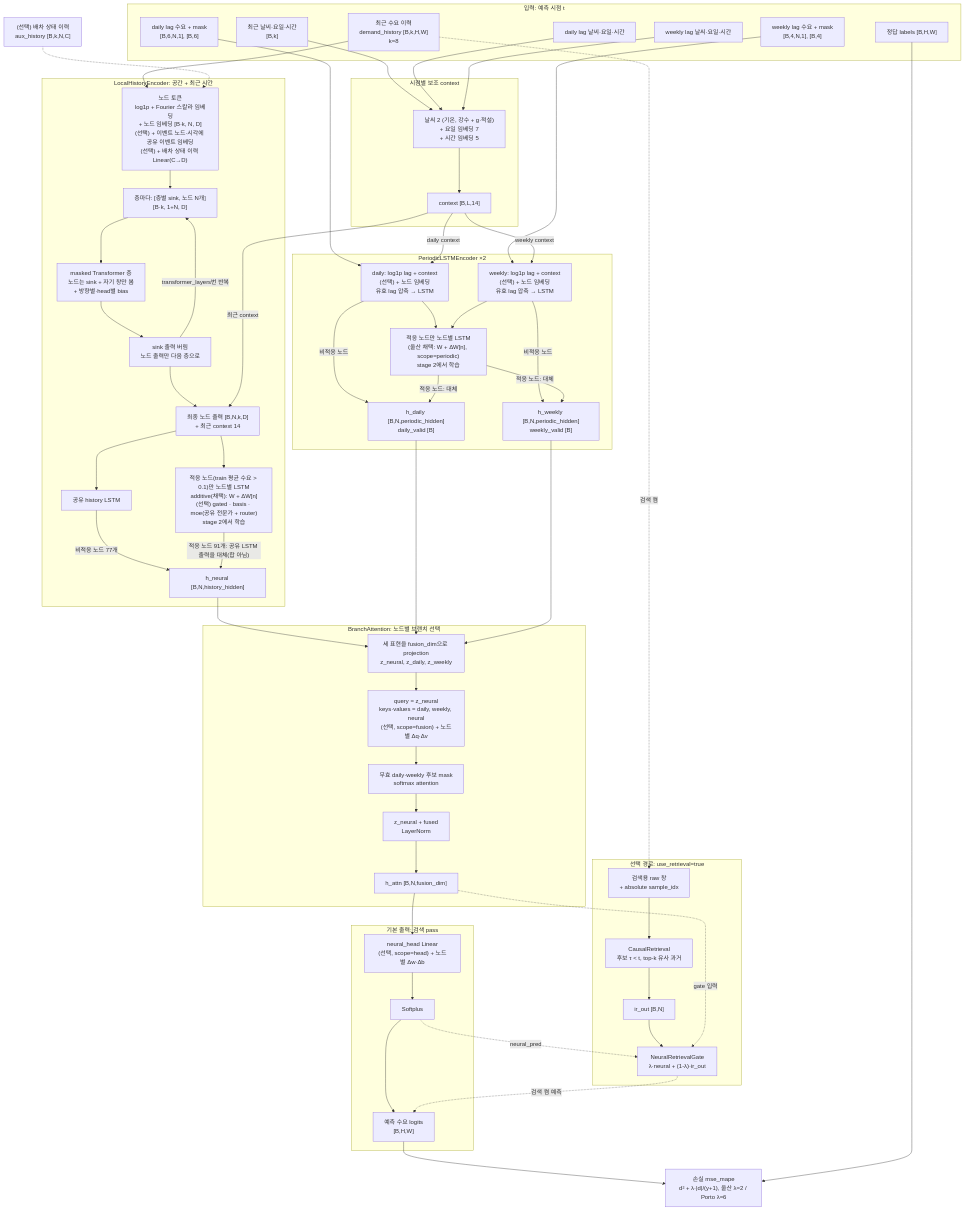
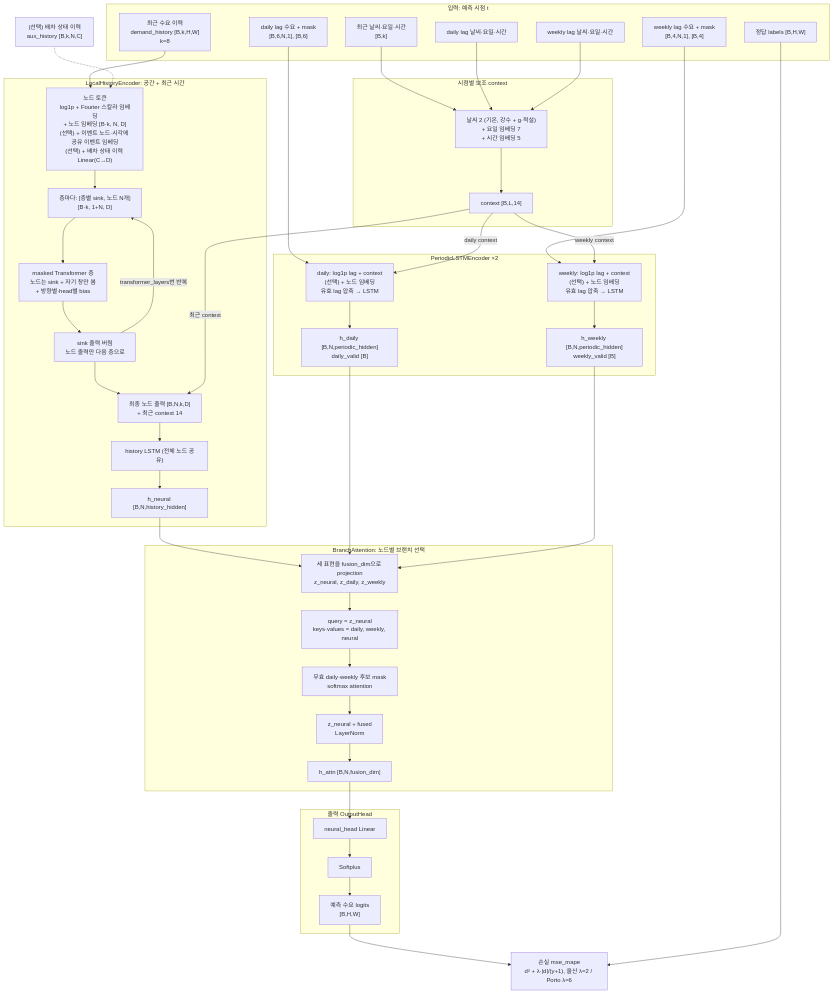
Before and after one commit to dev-jake-kim/demandprediction: the diagram in docs/SPEC.md, drawn with Mermaid. The commit also changed other lines of this file and 21 other files, not shown here.

Commit message:
Remove node-wise ΔW (incl. basis/MoE/scope variants, 2-stage training) and causal retrieval; single-stage training, OutputHead

````diff
--- a/docs/SPEC.md
+++ b/docs/SPEC.md
@@ -55,13 +54,11 @@
         L3["masked Transformer 층<br/>노드는 sink + 자기 창만 봄<br/>+ 방향별·head별 bias"]
         L4["sink 출력 버림<br/>노드 출력만 다음 층으로"]
         L5["최종 노드 출력 [B,N,k,D]<br/>+ 최근 context 14"]
-        L6["공유 history LSTM"]
-        L7["적응 노드(train 평균 수요 > 0.1)만 노드별 LSTM<br/>additive(채택): W + ΔW[n]<br/>(선택) gated · basis · moe(공유 전문가 + router)<br/>stage 2에서 학습"]
+        L6["history LSTM (전체 노드 공유)"]
         HN["h_neural [B,N,history_hidden]"]
         L1 --> L2 --> L3 --> L4
         L4 -->|"transformer_layers번 반복"| L2
-        L4 --> L5 --> L6 -->|"비적응 노드 77개"| HN
-        L5 --> L7 -->|"적응 노드 91개: 공유 LSTM 출력을 대체(합 아님)"| HN
+        L4 --> L5 --> L6 --> HN
     end
 
     H --> L1
@@ -71,15 +68,10 @@
     subgraph PER["PeriodicLSTMEncoder ×2"]
         P1["daily: log1p lag + context<br/>(선택) + 노드 임베딩<br/>유효 lag 압축 → LSTM"]
         P2["weekly: log1p lag + context<br/>(선택) + 노드 임베딩<br/>유효 lag 압축 → LSTM"]
-        P3["적응 노드만 노드별 LSTM<br/>(울산 채택: W + ΔW[n], scope=periodic)<br/>stage 2에서 학습"]
         HD["h_daily [B,N,periodic_hidden]<br/>daily_valid [B]"]
         HW["h_weekly [B,N,periodic_hidden]<br/>weekly_valid [B]"]
-        P1 -->|"비적응 노드"| HD
-        P2 -->|"비적응 노드"| HW
-        P1 --> P3
-        P2 --> P3
-        P3 -->|"적응 노드: 대체"| HD
-        P3 -->|"적응 노드: 대체"| HW
+        P1 --> HD
+        P2 --> HW
     end
 
     D --> P1
@@ -89,7 +81,7 @@
 
     subgraph ATT["BranchAttention: 노드별 브랜치 선택"]
         A1["세 표현을 fusion_dim으로 projection<br/>z_neural, z_daily, z_weekly"]
-        A2["query = z_neural<br/>keys·values = daily, weekly, neural<br/>(선택, scope=fusion) + 노드별 Δq·Δv"]
+        A2["query = z_neural<br/>keys·values = daily, weekly, neural"]
         A3["무효 daily·weekly 후보 mask<br/>softmax attention"]
         A4["z_neural + fused<br/>LayerNorm"]
         HA["h_attn [B,N,fusion_dim]"]
@@ -100,8 +92,8 @@
     HD --> A1
     HW --> A1
 
-    subgraph OUT["기본 출력: 검색 pass"]
-        O1["neural_head Linear<br/>(선택, scope=head) + 노드별 Δw·Δb"]
+    subgraph OUT["출력 OutputHead"]
+        O1["neural_head Linear"]
         O2["Softplus"]
         PRED["예측 수요 logits<br/>[B,H,W]"]
         O1 --> O2 --> PRED
@@ -110,17 +102,4 @@
     HA --> O1
     PRED --> LOSS["손실 mse_mape<br/>d² + λ·|d|/(y+1), 울산 λ=2 / Porto λ=6"]
     Y --> LOSS
-
-    subgraph RET["선택 경로: use_retrieval=true"]
-        R1["검색용 raw 창<br/>+ absolute sample_idx"]
-        R2["CausalRetrieval<br/>후보 τ < t, top-k 유사 과거"]
-        R3["ir_out [B,N]"]
-        R4["NeuralRetrievalGate<br/>λ·neural + (1-λ)·ir_out"]
-        R1 --> R2 --> R3 --> R4
-    end
-
-    H -.->|"검색 켬"| R1
-    HA -.->|"gate 입력"| R4
-    O2 -.->|"neural_pred"| R4
-    R4 -.->|"검색 켬 예측"| PRED
 ```
````
